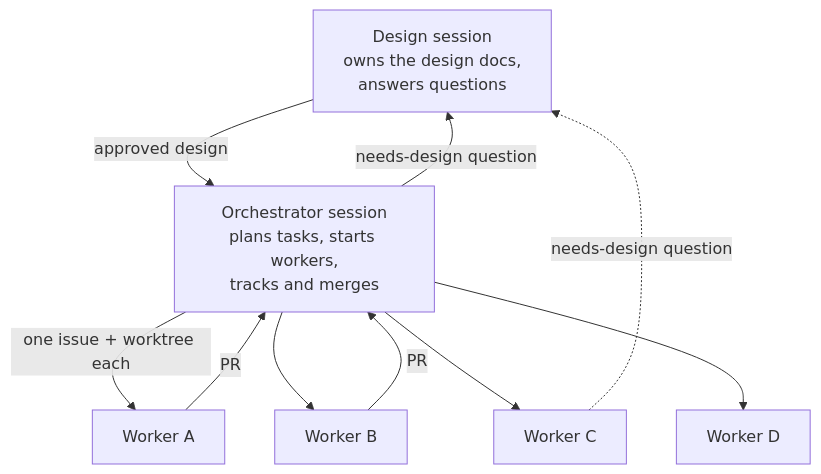
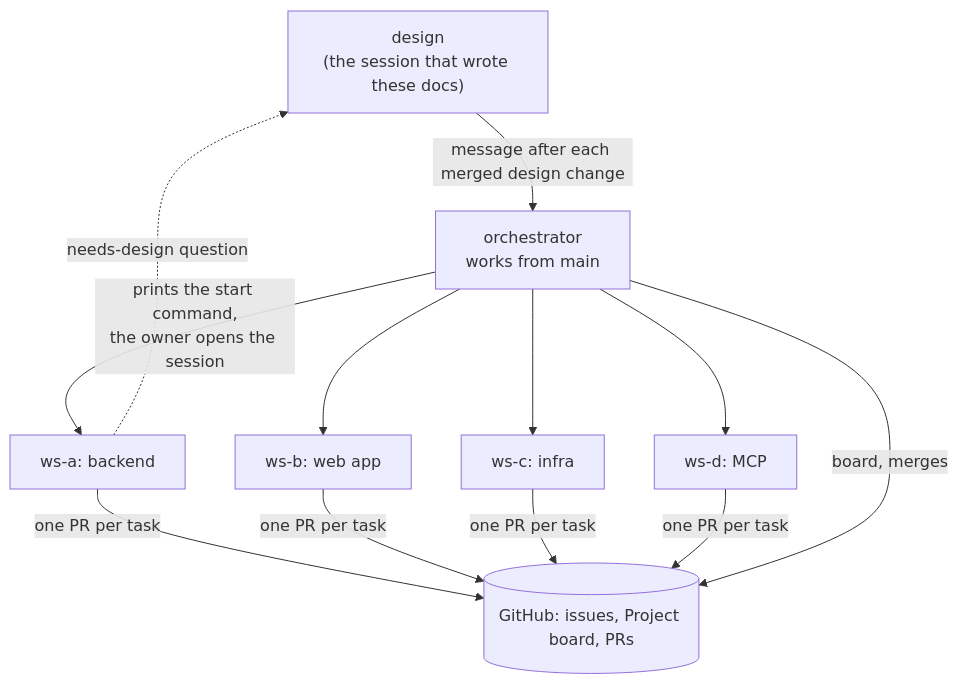
One commit to SaumyaKarnwal/focus-ledger changed the second of 2 diagrams in docs/execution-plan.md. Above: the diagram before and after it, drawn with Mermaid. The commit also changed other lines of this file and 1 other file, not shown here.

First line of the commit message:
docs: orchestrator merges on green CI; every PR includes tests

````diff
--- a/docs/execution-plan.md
+++ b/docs/execution-plan.md
@@ -63,18 +63,18 @@
 ```mermaid
 flowchart TD
-    DS["Design session<br/>owns the design docs,<br/>answers questions"]
-    OS["Orchestrator session<br/>plans tasks, starts workers,<br/>tracks and merges"]
-    W1["Worker A"]
-    W2["Worker B"]
-    W3["Worker C"]
-    W4["Worker D"]
-    DS -- "approved design" --> OS
-    OS -- "one issue + worktree each" --> W1
-    OS --> W2
-    OS --> W3
-    OS --> W4
-    W1 -- "PR" --> OS
-    W2 -- "PR" --> OS
-    OS -- "needs-design question" --> DS
-    W3 -. "needs-design question" .-> DS
+    DS["design<br/>(the session that wrote these docs)"]
+    OR["orchestrator<br/>works from main"]
+    A["ws-a: backend"]
+    B["ws-b: web app"]
+    C["ws-c: infra"]
+    D["ws-d: MCP"]
+    GH[("GitHub: issues, Project board, PRs")]
+    DS -- "message after each merged design change" --> OR
+    OR -- "prints the start command,<br/>the owner opens the session" --> A
+    OR --> B
+    OR --> C
+    OR --> D
+    A & B & C & D -- "one PR per task" --> GH
+    OR -- "board, merges" --> GH
+    A -. "needs-design question" .-> DS
 ```
````
